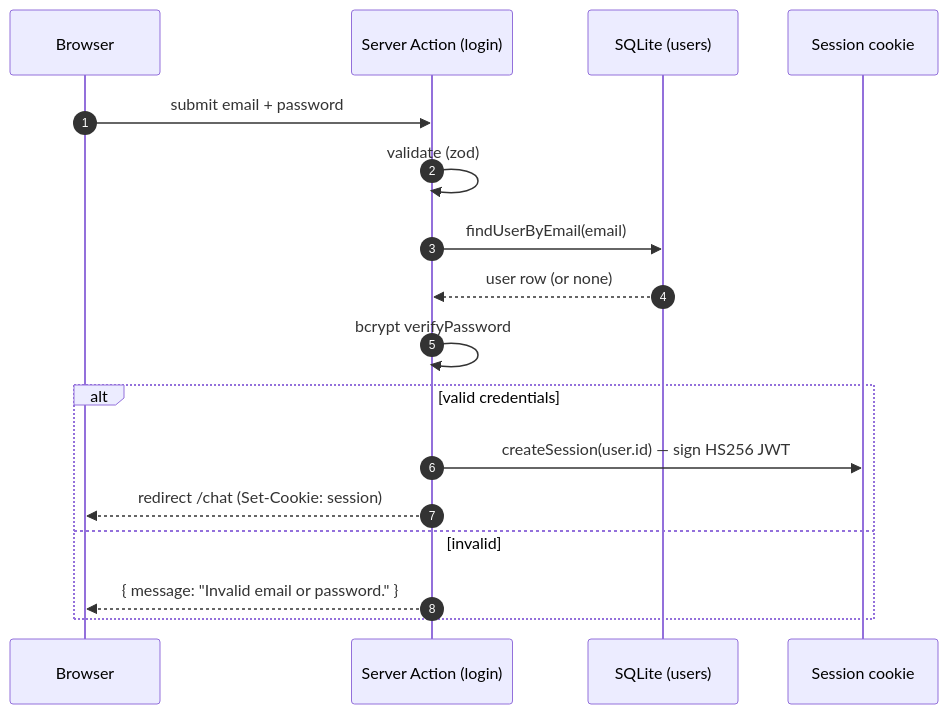
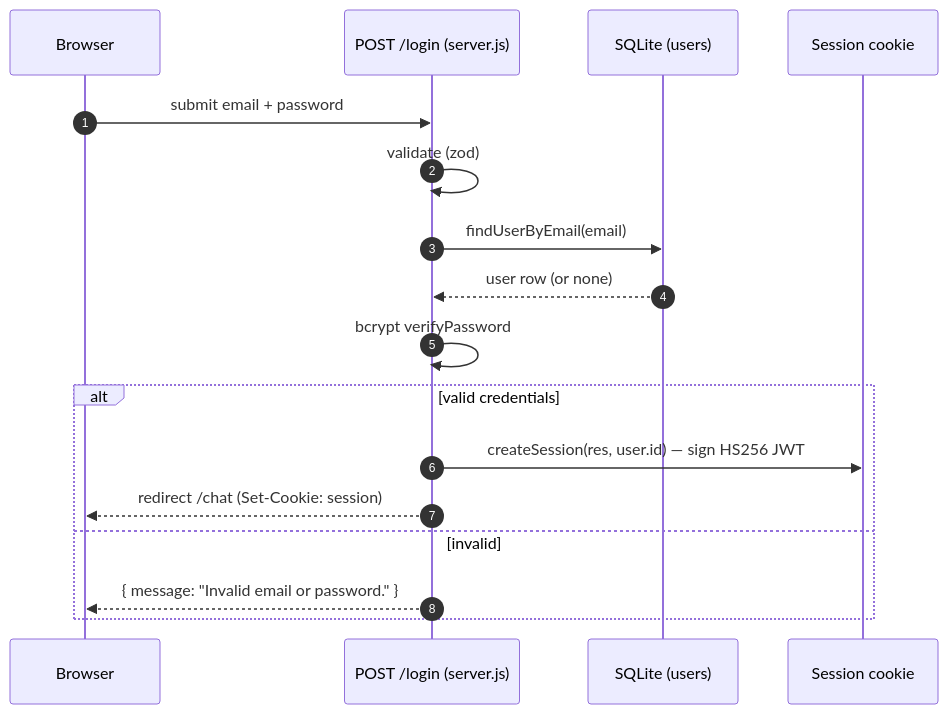
The third of 9 diagrams in ARCHITECTURE.md (akashh94/akapal-geap-chat-portal), drawn with Mermaid before and after one commit. The commit also changed other lines of this file and 7 other files, not shown here.

````diff
--- a/ARCHITECTURE.md
+++ b/ARCHITECTURE.md
@@ -176,20 +181,20 @@
 ```mermaid
 sequenceDiagram
   autonumber
   participant U as Browser
-  participant SA as Server Action (login)
+  participant SA as POST /login (server.js)
   participant DB as SQLite (users)
   participant CK as Session cookie
 
   U->>SA: submit email + password
   SA->>SA: validate (zod)
   SA->>DB: findUserByEmail(email)
   DB-->>SA: user row (or none)
   SA->>SA: bcrypt verifyPassword
   alt valid credentials
-    SA->>CK: createSession(user.id) — sign HS256 JWT
+    SA->>CK: createSession(res, user.id) — sign HS256 JWT
     SA-->>U: redirect /chat (Set-Cookie: session)
   else invalid
     SA-->>U: { message: "Invalid email or password." }
   end
 ```
````
